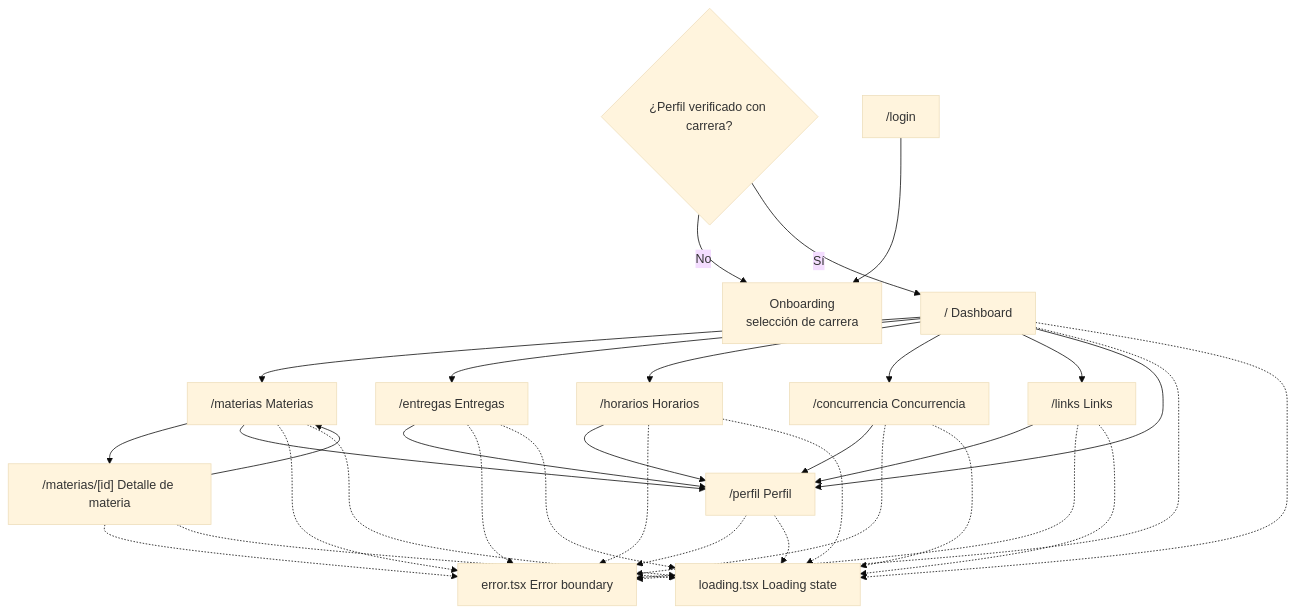
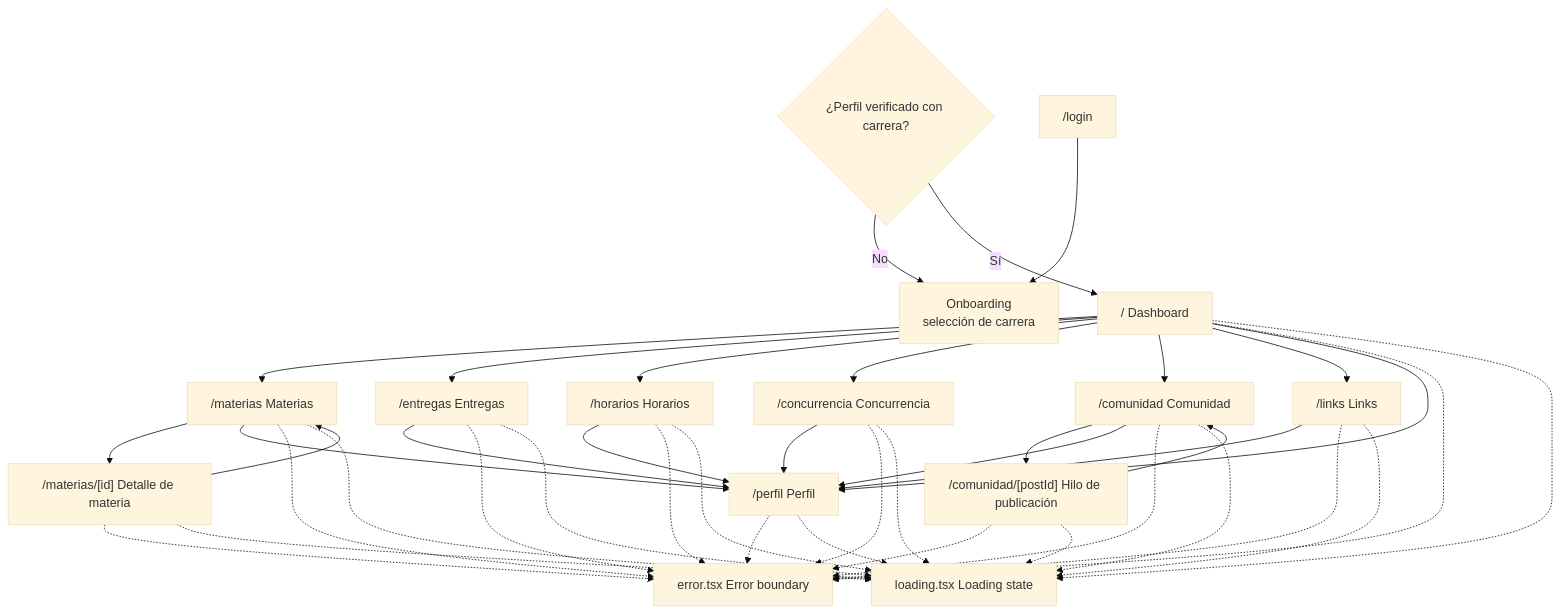
Before and after one commit to lautioliver/UcaNode: the first of 4 diagrams in wiki/Rutas-y-flujos.md, drawn with Mermaid (base theme). The commit also changed other lines of this file and 14 other files, not shown here.

First line of the commit message:
feat: agregar sección Comunidad con UI mock y modal de publicación

````diff
--- a/wiki/Rutas-y-flujos.md
+++ b/wiki/Rutas-y-flujos.md
@@ -20,36 +20,42 @@
 ```mermaid
 flowchart TD
     Gate{"¿Perfil verificado con carrera?"}
     Login["/login"]
     Onb["Onboarding<br/>selección de carrera"]
     Root["/ Dashboard"]
     Mat["/materias Materias"]
     MatId["/materias/[id] Detalle de materia"]
     Ent["/entregas Entregas"]
     Hor["/horarios Horarios"]
     Con["/concurrencia Concurrencia"]
+    Com["/comunidad Comunidad"]
+    ComId["/comunidad/[postId] Hilo de publicación"]
     Lnk["/links Links"]
     Per["/perfil Perfil"]
     Err["error.tsx Error boundary"]
     Ld["loading.tsx Loading state"]
 
     Gate -->|No| Onb
     Gate -->|Sí| Root
     Login --> Onb
     Root --> Mat
     Root --> Ent
     Root --> Hor
     Root --> Con
+    Root --> Com
+    Com --> ComId
+    ComId --> Com
     Root --> Lnk
     Mat --> MatId
     MatId --> Mat
     Root --> Per
     Mat --> Per
     Ent --> Per
     Hor --> Per
     Con --> Per
+    Com --> Per
     Lnk --> Per
 
-    Root & Mat & MatId & Ent & Hor & Con & Lnk & Per -.-> Err
-    Root & Mat & MatId & Ent & Hor & Con & Lnk & Per -.-> Ld
+    Root & Mat & MatId & Ent & Hor & Con & Com & ComId & Lnk & Per -.-> Err
+    Root & Mat & MatId & Ent & Hor & Con & Com & ComId & Lnk & Per -.-> Ld
 ```
````
